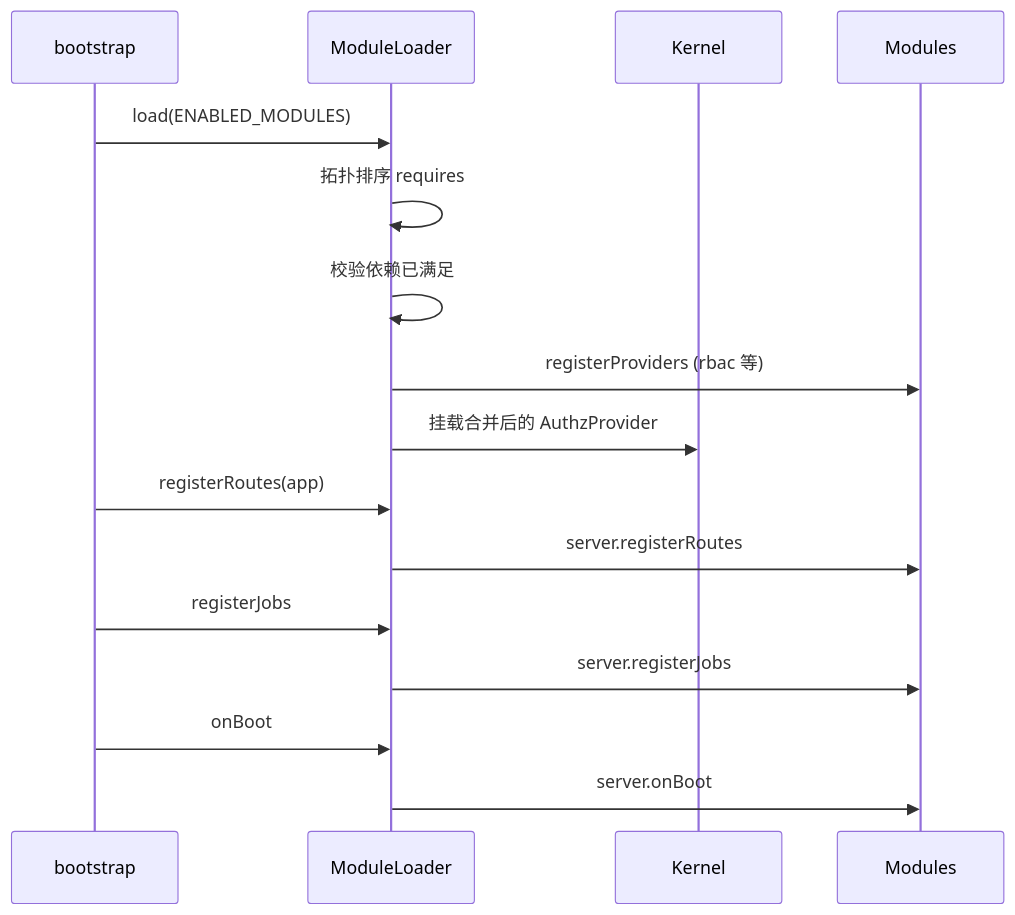
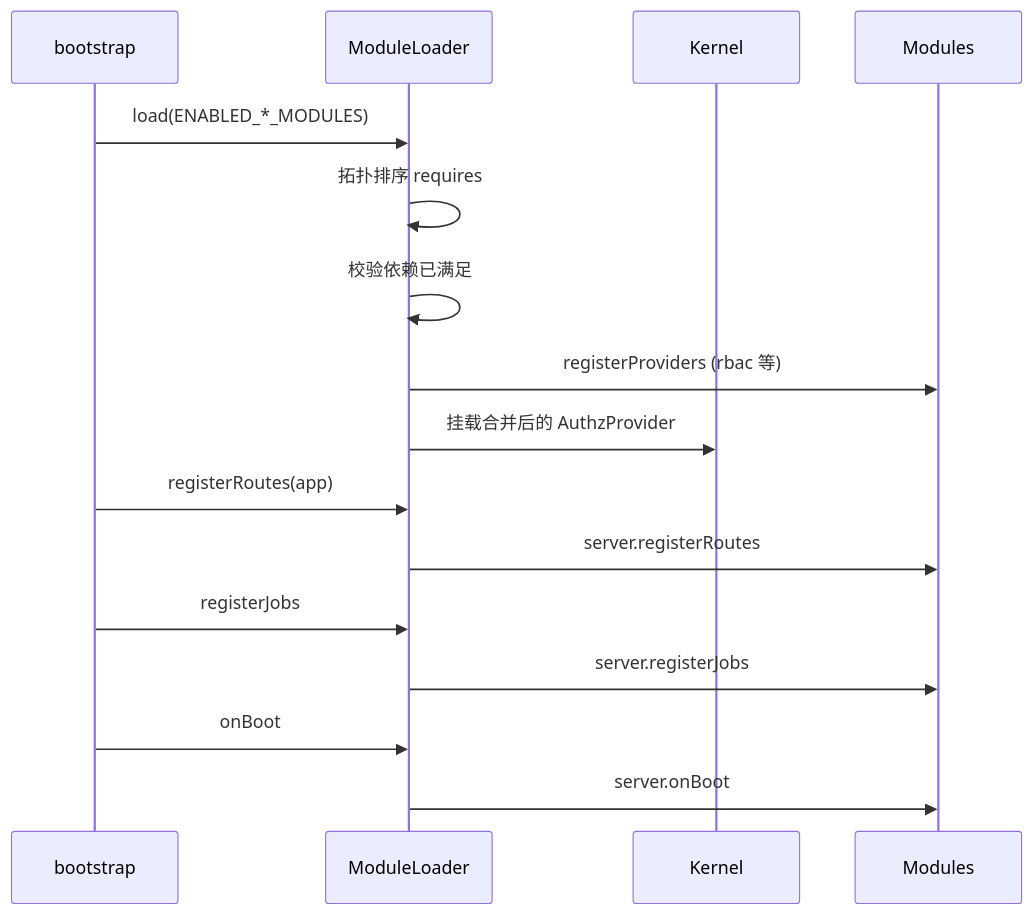
The second of 2 diagrams in docs/design/modular-architecture.md (vvenv/rewindom), drawn with Mermaid before and after one commit. The commit also changed other lines of this file and 159 other files, not shown here.

First line of the commit message:
feat(modular-architecture): restructure module organization and enhance documentation

````diff
--- a/docs/design/modular-architecture.md
+++ b/docs/design/modular-architecture.md
@@ -502,19 +507,19 @@
 ```mermaid
 sequenceDiagram
   participant Boot as bootstrap
   participant ML as ModuleLoader
   participant K as Kernel
   participant M as Modules
 
-  Boot->>ML: load(ENABLED_MODULES)
+  Boot->>ML: load(ENABLED_*_MODULES)
   ML->>ML: 拓扑排序 requires
   ML->>ML: 校验依赖已满足
   ML->>M: registerProviders (rbac 等)
   ML->>K: 挂载合并后的 AuthzProvider
   Boot->>ML: registerRoutes(app)
   ML->>M: server.registerRoutes
   Boot->>ML: registerJobs
   ML->>M: server.registerJobs
   Boot->>ML: onBoot
   ML->>M: server.onBoot
 ```
````
